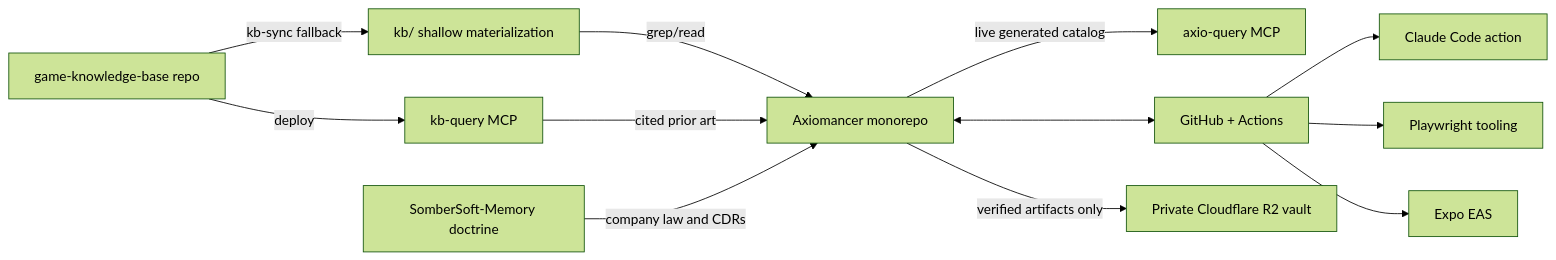
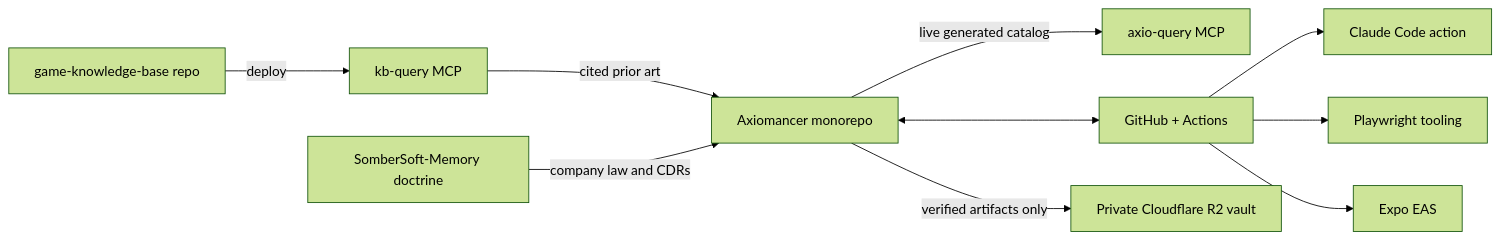
The diagram in docs/external-architecture.md (no-trbl-2-u/Axiomancer), drawn with Mermaid (forest theme) before and after one commit. The commit also changed other lines of this file and 29 other files, not shown here.

````diff
--- a/docs/external-architecture.md
+++ b/docs/external-architecture.md
@@ -5,26 +5,23 @@
 ```mermaid
 flowchart LR
   A[Axiomancer monorepo]
   KB[game-knowledge-base repo]
-  KBL[kb/ shallow materialization]
   MCP[kb-query MCP]
   AX[axio-query MCP]
   SS[SomberSoft-Memory doctrine]
   GH[GitHub + Actions]
   CL[Claude Code action]
   PW[Playwright tooling]
   EAS[Expo EAS]
   R2[Private Cloudflare R2 vault]
 
   KB -->|deploy| MCP
-  KB -->|kb-sync fallback| KBL
-  KBL -->|grep/read| A
   MCP -->|cited prior art| A
   A -->|live generated catalog| AX
   SS -->|company law and CDRs| A
   A <--> GH
   GH --> CL
   GH --> PW
   GH --> EAS
   A -->|verified artifacts only| R2
 ```
````
